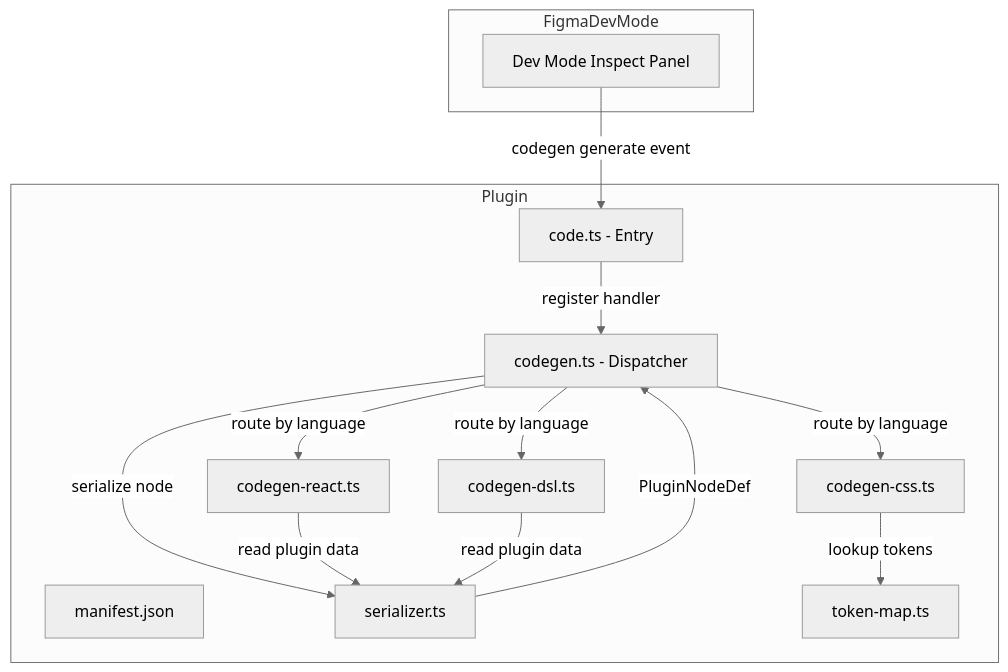
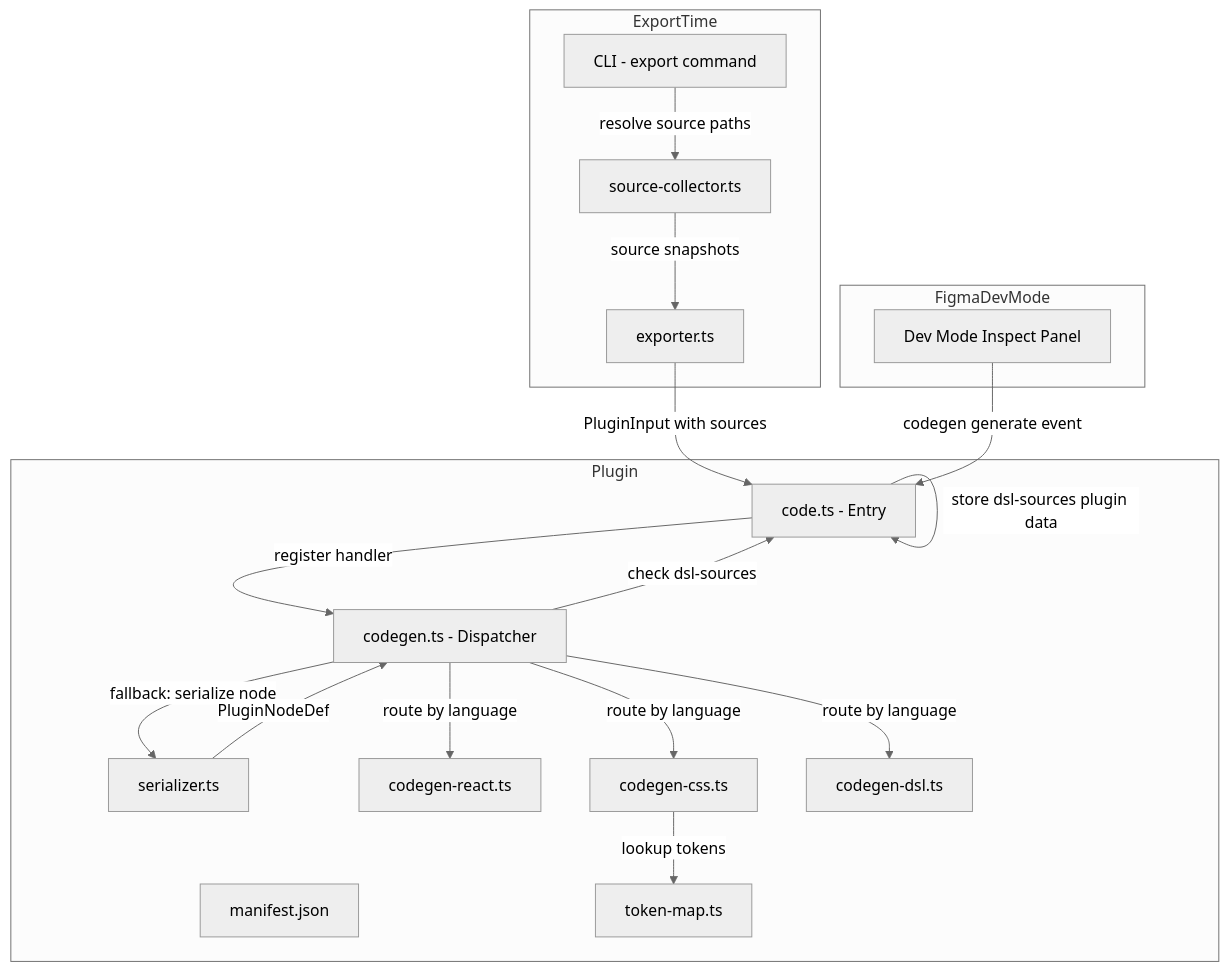
The first of 3 diagrams in .kiro/specs/dev-mode-plugin/design.md (TETRA2000/figma-component-dsl), drawn with Mermaid (neutral theme) before and after one commit. The commit also changed other lines of this file and 1 other file, not shown here.

First line of the commit message:
Redesign codegen to embed original source code in plugin data

````diff
--- a/.kiro/specs/dev-mode-plugin/design.md
+++ b/.kiro/specs/dev-mode-plugin/design.md
@@ -37,28 +42,38 @@
 ```mermaid
 graph TB
+    subgraph ExportTime
+        Exporter[exporter.ts]
+        CLI[CLI - export command]
+        SourceReader[source-collector.ts]
+    end
+
     subgraph FigmaDevMode
         Inspector[Dev Mode Inspect Panel]
     end
 
     subgraph Plugin
         Manifest[manifest.json]
         CodeTS[code.ts - Entry]
         Serializer[serializer.ts]
         Dispatcher[codegen.ts - Dispatcher]
         ReactGen[codegen-react.ts]
         CSSGen[codegen-css.ts]
         DSLGen[codegen-dsl.ts]
         TokenMap[token-map.ts]
     end
 
+    CLI -->|resolve source paths| SourceReader
+    SourceReader -->|source snapshots| Exporter
+    Exporter -->|PluginInput with sources| CodeTS
+    CodeTS -->|store dsl-sources plugin data| CodeTS
+
     Inspector -->|codegen generate event| CodeTS
     CodeTS -->|register handler| Dispatcher
-    Dispatcher -->|serialize node| Serializer
+    Dispatcher -->|check dsl-sources| CodeTS
+    Dispatcher -->|fallback: serialize node| Serializer
     Dispatcher -->|route by language| ReactGen
     Dispatcher -->|route by language| CSSGen
     Dispatcher -->|route by language| DSLGen
     CSSGen -->|lookup tokens| TokenMap
-    ReactGen -->|read plugin data| Serializer
-    DSLGen -->|read plugin data| Serializer
     Serializer -->|PluginNodeDef| Dispatcher
 ```
````
